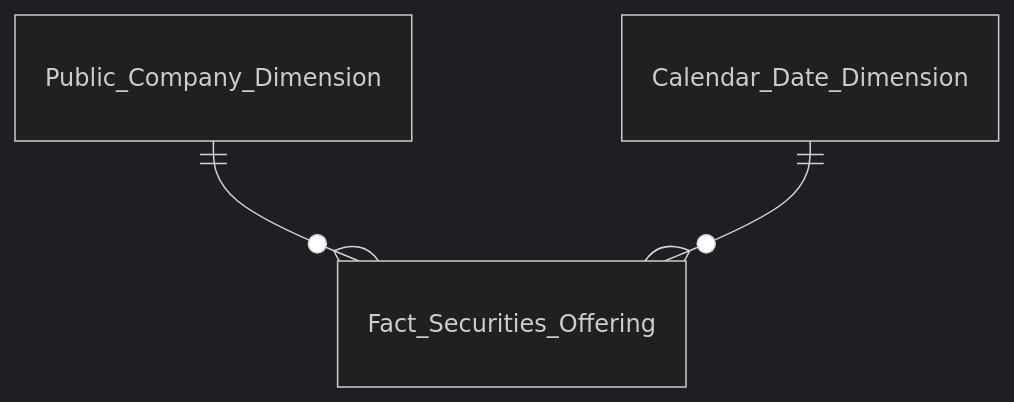
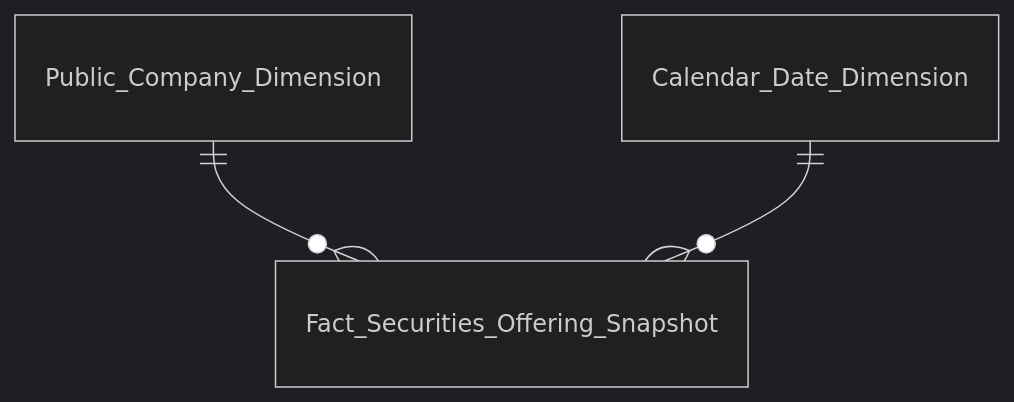
One commit to linhlvit/ubck_atomic_design changed the first of 5 diagrams in Datamart/hld/DTM_QLCB_Entities.md. Above: the diagram before and after it, drawn with Mermaid (dark theme). The commit also changed other lines of this file and 14 other files, not shown here.

````diff
--- a/Datamart/hld/DTM_QLCB_Entities.md
+++ b/Datamart/hld/DTM_QLCB_Entities.md
@@ -19,5 +21,5 @@
 ```mermaid
 erDiagram
-    Public_Company_Dimension ||--o{ Fact_Securities_Offering : " "
-    Calendar_Date_Dimension ||--o{ Fact_Securities_Offering : " "
+    Public_Company_Dimension ||--o{ Fact_Securities_Offering_Snapshot : " "
+    Calendar_Date_Dimension ||--o{ Fact_Securities_Offering_Snapshot : " "
 ```
````
